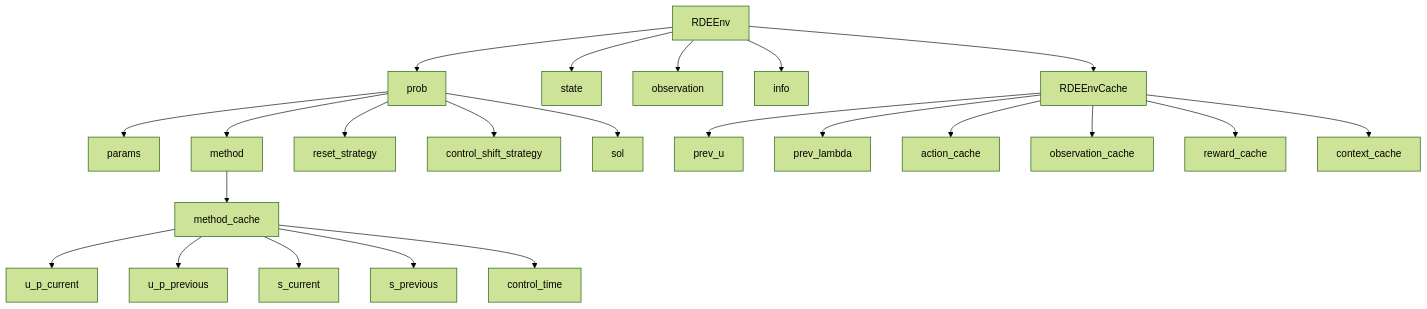
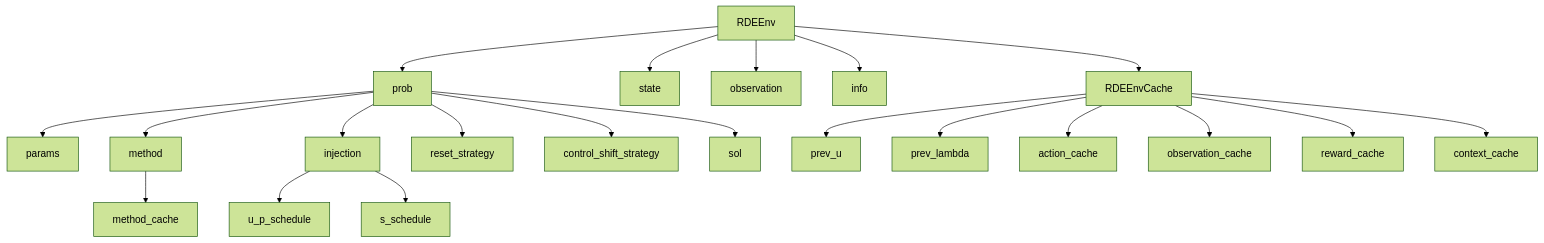
One commit to KristianHolme/RDE_Env.jl changed the diagram in README.md. Above: the diagram before and after it, drawn with Mermaid (forest theme). The commit also changed other lines of this file, not shown here.

````diff
--- a/README.md
+++ b/README.md
@@ -176,28 +180,26 @@
 ```mermaid
 flowchart TD
   RDEEnv --> prob
   RDEEnv --> state
   RDEEnv --> observation
   RDEEnv --> info
   RDEEnv --> RDEEnvCache
 
   prob --> params
   prob --> method
+  prob --> injection
   prob --> reset_strategy
   prob --> control_shift_strategy
   prob --> sol
 
   method --> method_cache
-  method_cache --> u_p_current
-  method_cache --> u_p_previous
-  method_cache --> s_current
-  method_cache --> s_previous
-  method_cache --> control_time
+  injection --> u_p_schedule
+  injection --> s_schedule
 
   RDEEnvCache --> prev_u
   RDEEnvCache --> prev_lambda
   RDEEnvCache --> action_cache
   RDEEnvCache --> observation_cache
   RDEEnvCache --> reward_cache
   RDEEnvCache --> context_cache
 ```
````
